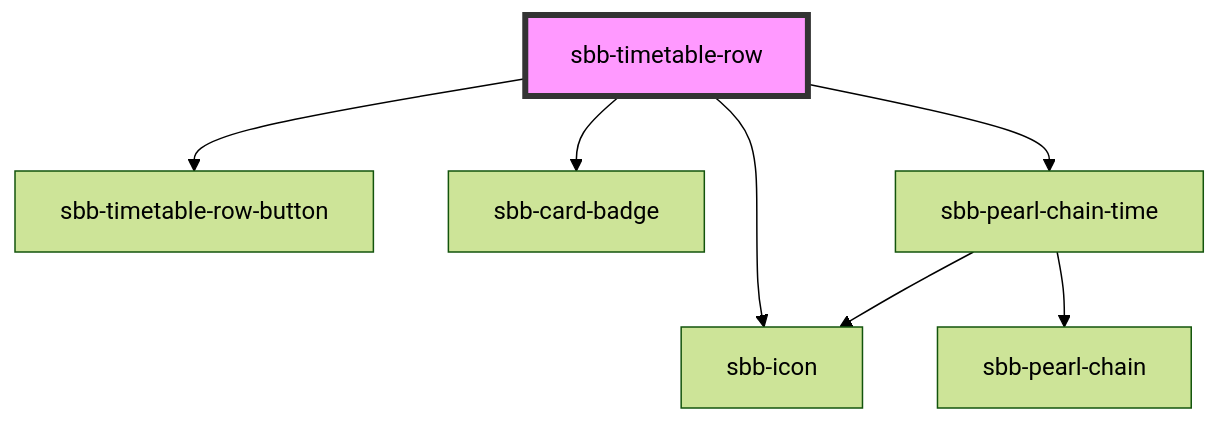
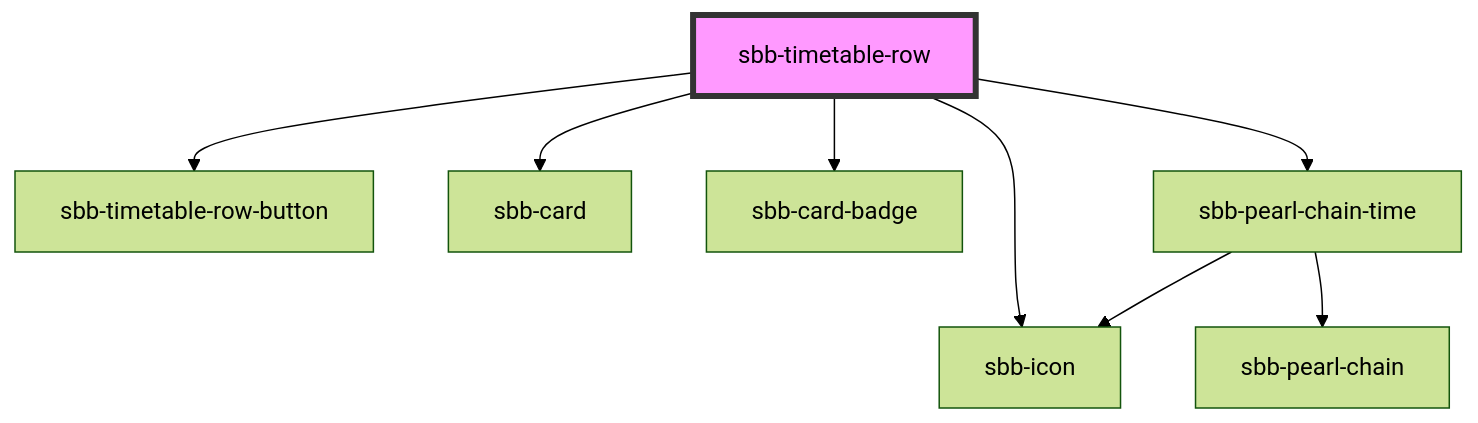
One commit to sbb-design-systems/lyne-components changed the diagram in src/components/sbb-timetable-row/readme.md. Above: the diagram before and after it, drawn with Mermaid (forest theme). The commit also changed other lines of this file and 11 other files, not shown here.

Commit message:
feat: add sbb-card and refactor

````diff
--- a/src/components/sbb-timetable-row/readme.md
+++ b/src/components/sbb-timetable-row/readme.md
@@ -58,10 +60,11 @@
 ```mermaid
 graph TD;
   sbb-timetable-row --> sbb-timetable-row-button
+  sbb-timetable-row --> sbb-card
   sbb-timetable-row --> sbb-card-badge
   sbb-timetable-row --> sbb-icon
   sbb-timetable-row --> sbb-pearl-chain-time
   sbb-pearl-chain-time --> sbb-icon
   sbb-pearl-chain-time --> sbb-pearl-chain
   style sbb-timetable-row fill:#f9f,stroke:#333,stroke-width:4px
 ```
````
